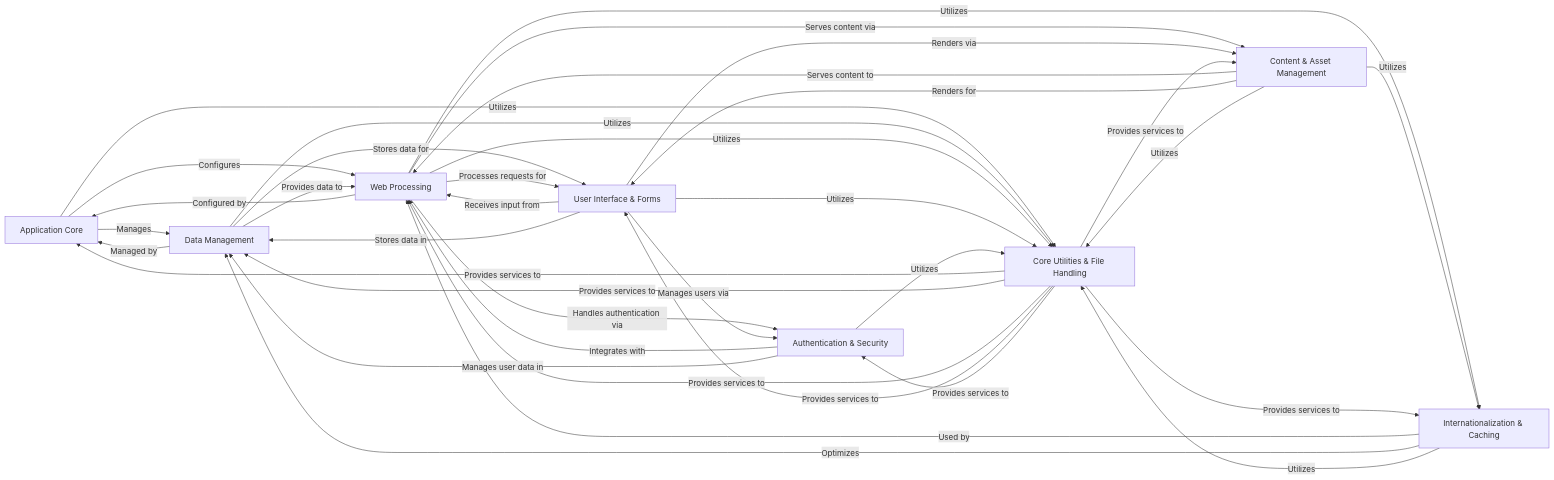
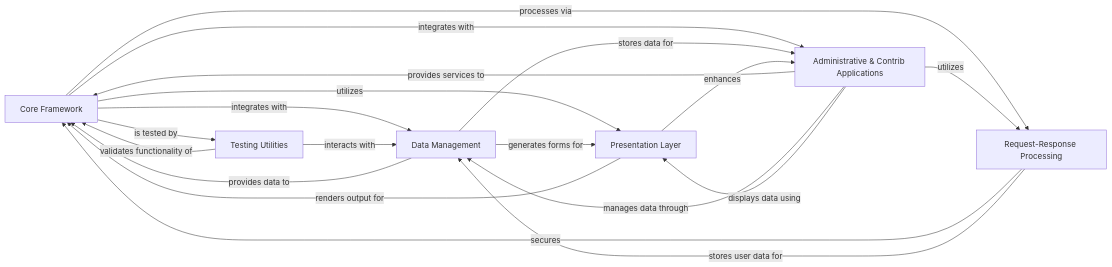
Before and after one commit to CodeBoarding/GeneratedOnBoardings: the diagram in django/on_boarding.md, drawn with Mermaid. The commit also changed other lines of this file and 13 other files, not shown here.

````diff
--- a/django/on_boarding.md
+++ b/django/on_boarding.md
@@ -1,54 +1,33 @@
 ```mermaid
 graph LR
-    Application_Core["Application Core"]
+    Core_Framework["Core Framework"]
     Data_Management["Data Management"]
-    Web_Processing["Web Processing"]
-    User_Interface_Forms["User Interface & Forms"]
-    Authentication_Security["Authentication & Security"]
-    Content_Asset_Management["Content & Asset Management"]
-    Internationalization_Caching["Internationalization & Caching"]
-    Core_Utilities_File_Handling["Core Utilities & File Handling"]
-    Application_Core -- "Manages" --> Data_Management
-    Application_Core -- "Configures" --> Web_Processing
-    Application_Core -- "Utilizes" --> Core_Utilities_File_Handling
-    Data_Management -- "Managed by" --> Application_Core
-    Data_Management -- "Provides data to" --> Web_Processing
-    Data_Management -- "Stores data for" --> User_Interface_Forms
-    Data_Management -- "Utilizes" --> Core_Utilities_File_Handling
-    Web_Processing -- "Configured by" --> Application_Core
-    Web_Processing -- "Processes requests for" --> User_Interface_Forms
-    Web_Processing -- "Handles authentication via" --> Authentication_Security
-    Web_Processing -- "Serves content via" --> Content_Asset_Management
-    Web_Processing -- "Utilizes" --> Internationalization_Caching
-    Web_Processing -- "Utilizes" --> Core_Utilities_File_Handling
-    User_Interface_Forms -- "Receives input from" --> Web_Processing
-    User_Interface_Forms -- "Stores data in" --> Data_Management
-    User_Interface_Forms -- "Manages users via" --> Authentication_Security
-    User_Interface_Forms -- "Renders via" --> Content_Asset_Management
-    User_Interface_Forms -- "Utilizes" --> Core_Utilities_File_Handling
-    Authentication_Security -- "Integrates with" --> Web_Processing
-    Authentication_Security -- "Manages user data in" --> Data_Management
-    Authentication_Security -- "Utilizes" --> Core_Utilities_File_Handling
-    Content_Asset_Management -- "Serves content to" --> Web_Processing
-    Content_Asset_Management -- "Renders for" --> User_Interface_Forms
-    Content_Asset_Management -- "Utilizes" --> Internationalization_Caching
-    Content_Asset_Management -- "Utilizes" --> Core_Utilities_File_Handling
-    Internationalization_Caching -- "Used by" --> Web_Processing
-    Internationalization_Caching -- "Optimizes" --> Data_Management
-    Internationalization_Caching -- "Utilizes" --> Core_Utilities_File_Handling
-    Core_Utilities_File_Handling -- "Provides services to" --> Application_Core
-    Core_Utilities_File_Handling -- "Provides services to" --> Data_Management
-    Core_Utilities_File_Handling -- "Provides services to" --> Web_Processing
-    Core_Utilities_File_Handling -- "Provides services to" --> User_Interface_Forms
-    Core_Utilities_File_Handling -- "Provides services to" --> Authentication_Security
-    Core_Utilities_File_Handling -- "Provides services to" --> Content_Asset_Management
-    Core_Utilities_File_Handling -- "Provides services to" --> Internationalization_Caching
-    click Application_Core href "https://github.com/CodeBoarding/GeneratedOnBoardings/blob/main/django/Application Core.md" "Details"
+    Presentation_Layer["Presentation Layer"]
+    Request_Response_Processing["Request-Response Processing"]
+    Administrative_Contrib_Applications["Administrative & Contrib Applications"]
+    Testing_Utilities["Testing Utilities"]
+    Core_Framework -- "integrates with" --> Data_Management
+    Data_Management -- "provides data to" --> Core_Framework
+    Core_Framework -- "utilizes" --> Presentation_Layer
+    Presentation_Layer -- "renders output for" --> Core_Framework
+    Core_Framework -- "processes via" --> Request_Response_Processing
+    Request_Response_Processing -- "secures" --> Core_Framework
+    Core_Framework -- "integrates with" --> Administrative_Contrib_Applications
+    Administrative_Contrib_Applications -- "provides services to" --> Core_Framework
+    Core_Framework -- "is tested by" --> Testing_Utilities
+    Testing_Utilities -- "validates functionality of" --> Core_Framework
+    Data_Management -- "generates forms for" --> Presentation_Layer
+    Administrative_Contrib_Applications -- "manages data through" --> Data_Management
+    Data_Management -- "stores data for" --> Administrative_Contrib_Applications
+    Request_Response_Processing -- "stores user data for" --> Data_Management
+    Administrative_Contrib_Applications -- "displays data using" --> Presentation_Layer
+    Presentation_Layer -- "enhances" --> Administrative_Contrib_Applications
+    Administrative_Contrib_Applications -- "utilizes" --> Request_Response_Processing
+    Testing_Utilities -- "interacts with" --> Data_Management
+    click Core_Framework href "https://github.com/CodeBoarding/GeneratedOnBoardings/blob/main/django/Core Framework.md" "Details"
     click Data_Management href "https://github.com/CodeBoarding/GeneratedOnBoardings/blob/main/django/Data Management.md" "Details"
-    click Web_Processing href "https://github.com/CodeBoarding/GeneratedOnBoardings/blob/main/django/Web Processing.md" "Details"
-    click User_Interface_Forms href "https://github.com/CodeBoarding/GeneratedOnBoardings/blob/main/django/User Interface & Forms.md" "Details"
-    click Authentication_Security href "https://github.com/CodeBoarding/GeneratedOnBoardings/blob/main/django/Authentication & Security.md" "Details"
-    click Content_Asset_Management href "https://github.com/CodeBoarding/GeneratedOnBoardings/blob/main/django/Content & Asset Management.md" "Details"
-    click Internationalization_Caching href "https://github.com/CodeBoarding/GeneratedOnBoardings/blob/main/django/Internationalization & Caching.md" "Details"
-    click Core_Utilities_File_Handling href "https://github.com/CodeBoarding/GeneratedOnBoardings/blob/main/django/Core Utilities & File Handling.md" "Details"
+    click Presentation_Layer href "https://github.com/CodeBoarding/GeneratedOnBoardings/blob/main/django/Presentation Layer.md" "Details"
+    click Request_Response_Processing href "https://github.com/CodeBoarding/GeneratedOnBoardings/blob/main/django/Request-Response Processing.md" "Details"
+    click Administrative_Contrib_Applications href "https://github.com/CodeBoarding/GeneratedOnBoardings/blob/main/django/Administrative & Contrib Applications.md" "Details"
+    click Testing_Utilities href "https://github.com/CodeBoarding/GeneratedOnBoardings/blob/main/django/Testing Utilities.md" "Details"
 ```
````
